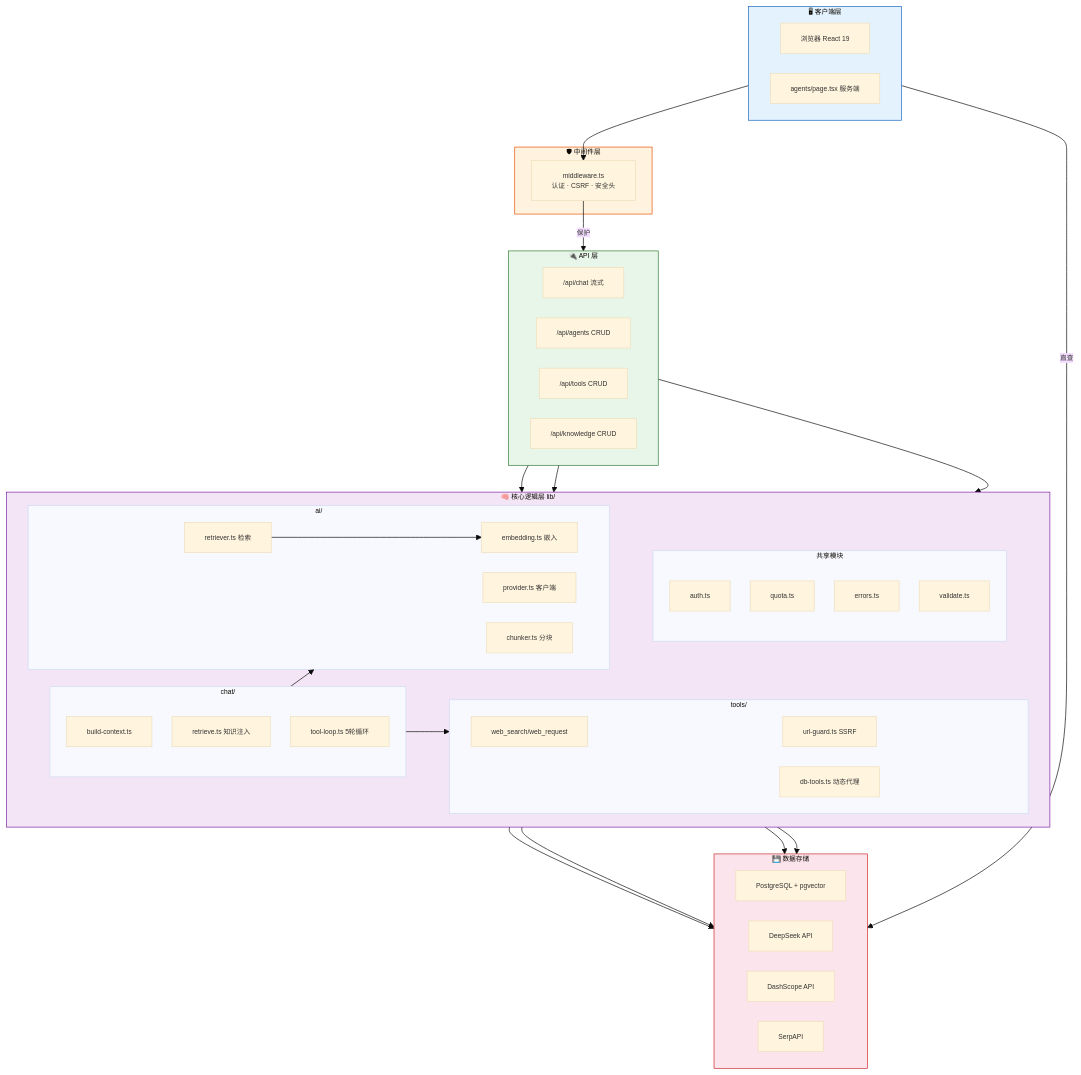
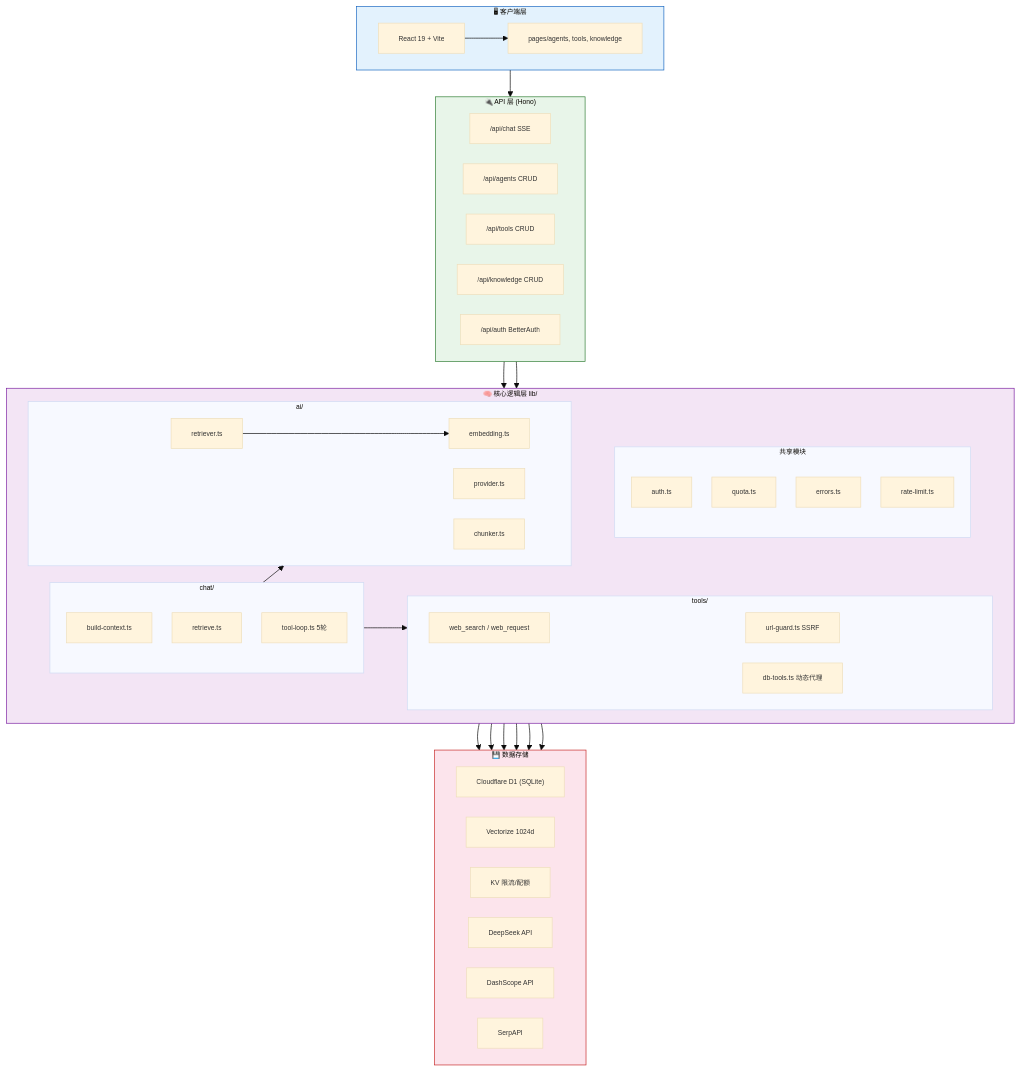
Before and after one commit to xCreat0r/simple-ai-agent-plateform: the first of 7 diagrams in docs/architecture.md, drawn with Mermaid. The commit also changed other lines of this file and 217 other files, not shown here.

First line of the commit message:
refactor: 从 Next.js 迁移到 Hono + Cloudflare Workers，数据库切换到 PostgreSQL

````diff
--- a/docs/architecture.md
+++ b/docs/architecture.md
@@ -28,76 +31,75 @@
 ```mermaid
 %%{init: {'theme': 'base', 'themeVariables': {'fontSize': '10px'}, 'flowchart': {'useMaxWidth': true, 'nodeSpacing': 30, 'rankSpacing': 40}}}%%
 graph TB
     subgraph Client["🖥 客户端层"]
         direction LR
-        Browser["浏览器 React 19"]
-        PageAgent["agents/page.tsx 服务端"]
+        Browser["React 19 + Vite"]
+        Pages["pages/agents, tools, knowledge"]
     end
 
-    subgraph Middleware["🛡 中间件层"]
-        MW["middleware.ts<br/>认证 · CSRF · 安全头"]
-    end
-
-    subgraph API["🔌 API 层"]
+    subgraph API["🔌 API 层 (Hono)"]
         direction LR
-        ChatAPI["/api/chat 流式"]
+        ChatAPI["/api/chat SSE"]
         AgentsAPI["/api/agents CRUD"]
         ToolsAPI["/api/tools CRUD"]
         KbAPI["/api/knowledge CRUD"]
+        AuthAPI["/api/auth BetterAuth"]
     end
 
     subgraph Core["🧠 核心逻辑层 lib/"]
         direction LR
         subgraph AI_Lib["ai/"]
-            Provider["provider.ts 客户端"]
-            Embedding["embedding.ts 嵌入"]
-            Chunker["chunker.ts 分块"]
-            Retriever["retriever.ts 检索"]
+            Provider["provider.ts"]
+            Embedding["embedding.ts"]
+            Chunker["chunker.ts"]
+            Retriever["retriever.ts"]
         end
         subgraph Chat_Lib["chat/"]
             Context["build-context.ts"]
-            Retrieve["retrieve.ts 知识注入"]
-            ToolLoop["tool-loop.ts 5轮循环"]
+            Retrieve["retrieve.ts"]
+            ToolLoop["tool-loop.ts 5轮"]
         end
         subgraph Tools_Lib["tools/"]
-            Builtin["web_search/web_request"]
+            Builtin["web_search / web_request"]
             DBTools["db-tools.ts 动态代理"]
             Guard["url-guard.ts SSRF"]
         end
         subgraph Shared["共享模块"]
             Auth["auth.ts"]
             Quota["quota.ts"]
             Errors["errors.ts"]
-            Validate["validate.ts"]
+            RateLimit["rate-limit.ts"]
         end
     end
 
     subgraph Data["💾 数据存储"]
         direction LR
-        PG["PostgreSQL + pgvector"]
+        D1["Cloudflare D1 (SQLite)"]
+        VEC["Vectorize 1024d"]
+        KV["KV 限流/配额"]
         DeepSeek["DeepSeek API"]
         DashScope["DashScope API"]
         SerpAPI["SerpAPI"]
     end
 
-    Browser --> MW
-    PageAgent -->|直查| PG
-    MW -->|保护| API
-    API --> AI_Lib
-    API --> Chat_Lib
-    API --> Tools_Lib
+    Browser --> Pages
+    Pages --> API
+    API --> Core
+    ChatAPI --> Chat_Lib
     Chat_Lib --> AI_Lib
     Chat_Lib --> Tools_Lib
     Tools_Lib --> Guard
     Retriever --> Embedding
-    Retriever --> PG
+    Retriever --> VEC
+    Embedding --> DashScope
     Provider --> DeepSeek
-    Embedding --> DashScope
     Builtin --> SerpAPI
 
+    Core --> D1
+    Core --> KV
+
     style Client fill:#e3f2fd,stroke:#1565c0
-    style Middleware fill:#fff3e0,stroke:#e65100
     style API fill:#e8f5e9,stroke:#2e7d32
     style Core fill:#f3e5f5,stroke:#7b1fa2
     style Data fill:#fce4ec,stroke:#c62828
 ```
````
